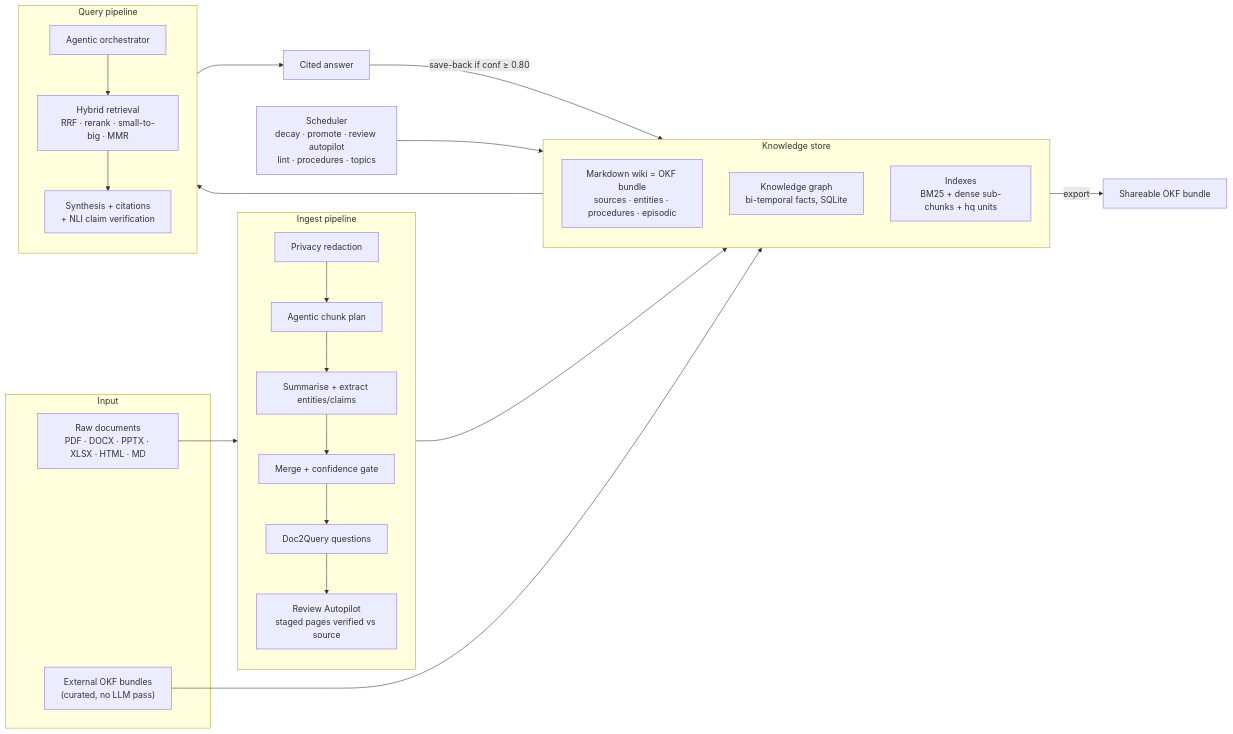
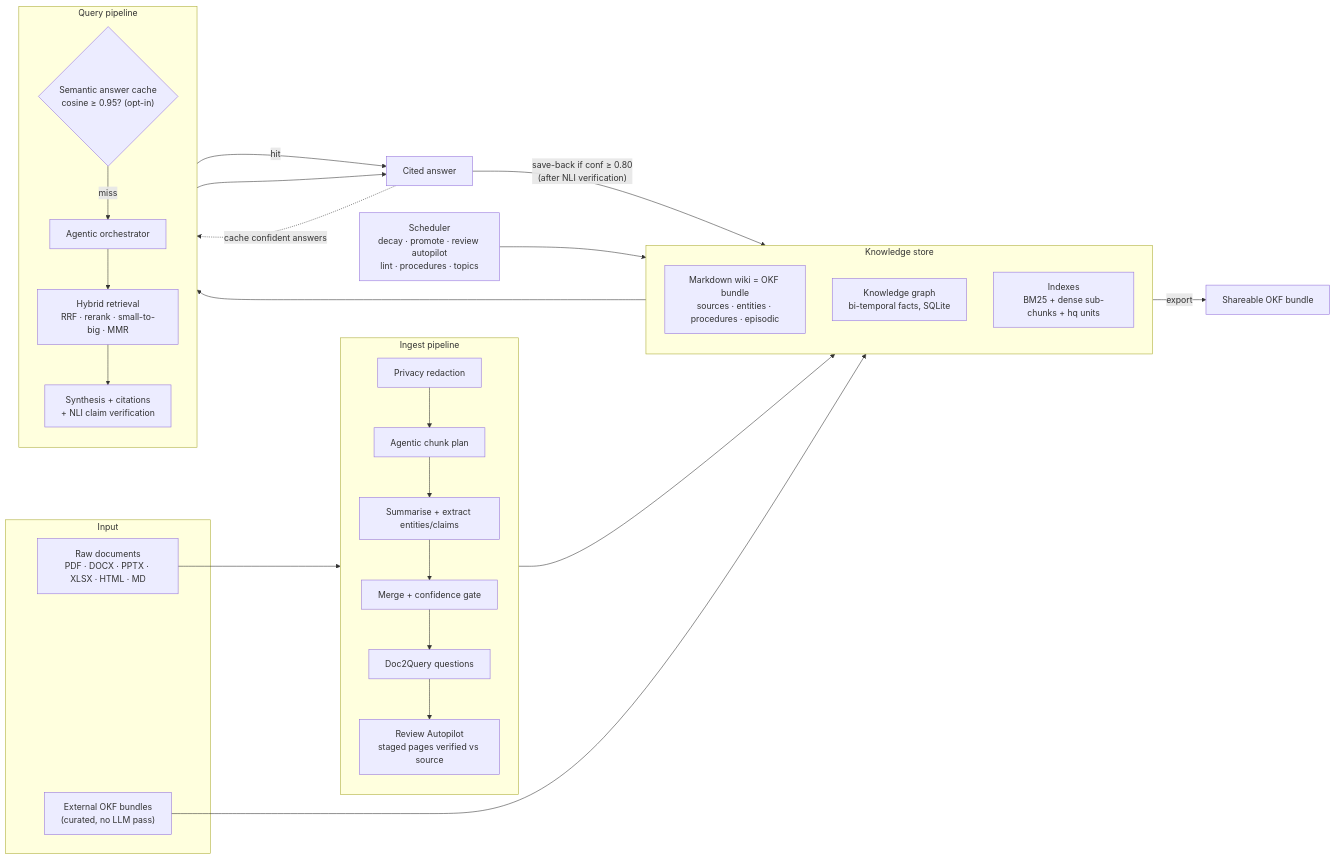
The first of 4 diagrams in README.md (krishddd/llm-wiki), drawn with Mermaid before and after one commit. The commit also changed other lines of this file and 38 other files, not shown here.

````diff
--- a/README.md
+++ b/README.md
@@ -27,40 +27,44 @@
 ```mermaid
 flowchart LR
     subgraph IN["Input"]
         DOCS["Raw documents<br/>PDF · DOCX · PPTX · XLSX · HTML · MD"]
         OKFIN["External OKF bundles<br/>(curated, no LLM pass)"]
     end
 
     subgraph ING["Ingest pipeline"]
         direction TB
         REDACT["Privacy redaction"] --> PLAN["Agentic chunk plan"]
         PLAN --> SUMM["Summarise + extract entities/claims"]
         SUMM --> CONF["Merge + confidence gate"]
         CONF --> D2Q["Doc2Query questions"]
         D2Q --> AUTO["Review Autopilot<br/>staged pages verified vs source"]
     end
 
     subgraph STORE["Knowledge store"]
         direction TB
         WIKI["Markdown wiki = OKF bundle<br/>sources · entities · procedures · episodic"]
         KG["Knowledge graph<br/>bi-temporal facts, SQLite"]
         IDX["Indexes<br/>BM25 + dense sub-chunks + hq units"]
     end
 
     subgraph QRY["Query pipeline"]
         direction TB
-        ORCH["Agentic orchestrator"] --> RET["Hybrid retrieval<br/>RRF · rerank · small-to-big · MMR"]
+        CACHE{"Semantic answer cache<br/>cosine ≥ 0.95? (opt-in)"}
+        CACHE -- "miss" --> ORCH["Agentic orchestrator"]
+        ORCH --> RET["Hybrid retrieval<br/>RRF · rerank · small-to-big · MMR"]
         RET --> SYNTH["Synthesis + citations<br/>+ NLI claim verification"]
     end
 
     SCHED["Scheduler<br/>decay · promote · review autopilot<br/>lint · procedures · topics"]
 
     DOCS --> ING
     OKFIN --> WIKI
     ING --> STORE
     STORE --> QRY
-    QRY --> ANS["Cited answer"]
-    ANS -- "save-back if conf ≥ 0.80" --> WIKI
+    CACHE -- "hit" --> ANS["Cited answer"]
+    SYNTH --> ANS
+    ANS -- "save-back if conf ≥ 0.80<br/>(after NLI verification)" --> WIKI
+    ANS -. "cache confident answers" .-> CACHE
     SCHED --> STORE
     WIKI -- "export" --> OKFOUT["Shareable OKF bundle"]
 ```
````
